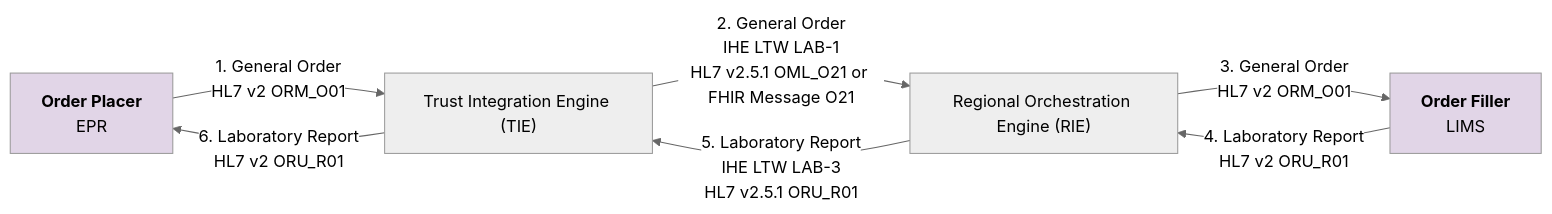
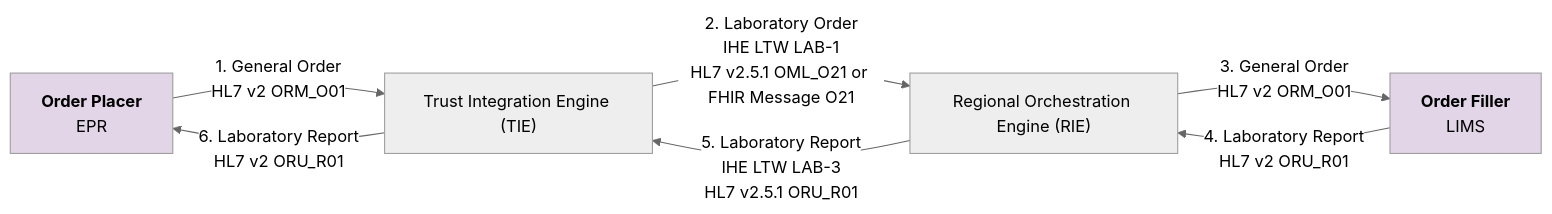
One commit to uk-gov-mirror/nw-gmsa.nw-gmsa.github.com changed the fourth of 11 diagrams in input/pagecontent/design.md. Above: the diagram before and after it, drawn with Mermaid (neutral theme). The commit also changed other lines of this file, not shown here.

````diff
--- a/input/pagecontent/design.md
+++ b/input/pagecontent/design.md
@@ -50,13 +50,13 @@
 ```mermaid
 graph LR
 
     OrderPlacer[<b>Order Placer</b><br/>EPR] --> |1. General Order<br/>HL7 v2 ORM_O01| TIE["Trust Integration Engine (TIE)"]
-    TIE --> |2. General Order<br/>IHE LTW LAB-1<br/>HL7 v2.5.1 OML_O21 or FHIR Message O21| RIE
+    TIE --> |2. Laboratory Order<br/>IHE LTW LAB-1<br/>HL7 v2.5.1 OML_O21 or FHIR Message O21| RIE
     RIE["Regional Orchestration Engine (RIE)"] --> |3. General Order<br/>HL7 v2 ORM_O01| OrderFiller
     OrderFiller[<b>Order Filler</b><br/>LIMS] --> |4. Laboratory Report<br/>HL7 v2 ORU_R01| RIE
     RIE --> |5. Laboratory Report<br/>IHE LTW LAB-3<br/>HL7 v2.5.1 ORU_R01| TIE
     TIE --> |6. Laboratory Report<br/>HL7 v2 ORU_R01| OrderPlacer
     
     classDef purple fill:#E1D5E7;
     class OrderPlacer,OrderFiller purple
 ```
````
